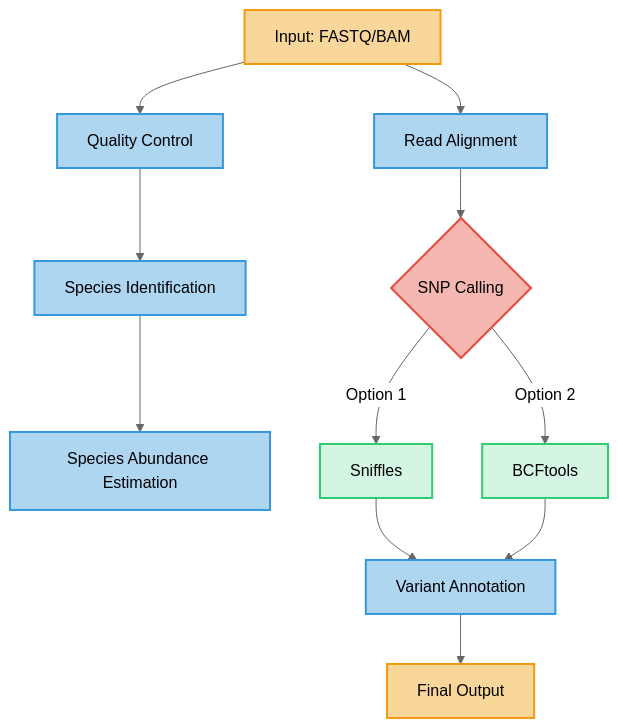
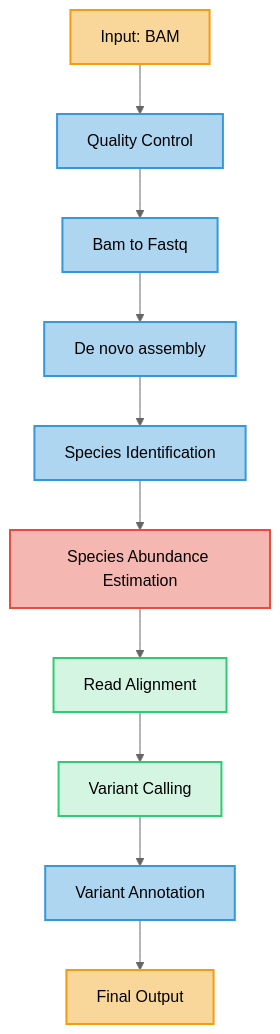
One commit to BPHL-Molecular/JAXVILLE changed the diagram in README.md. Above: the diagram before and after it, drawn with Mermaid (neutral theme).

````diff
--- a/README.md
+++ b/README.md
@@ -23,24 +23,23 @@
 ```mermaid
 graph TD
-    A[Input: FASTQ/BAM] --> B[Quality Control]
-    B --> C[Species Identification]
-    C --> D[Species Abundance Estimation]
-    A --> E[Read Alignment]
-    E --> F{SNP Calling}
-    F -->|Option 1| G[Sniffles]
-    F -->|Option 2| H[BCFtools]
-    G --> I[Variant Annotation]
-    H --> I
+    A[Input: BAM] --> B[Quality Control]
+    B --> C[Bam to Fastq]
+    C --> D[De novo assembly]
+    D --> E[Species Identification]
+    E --> F[Species Abundance Estimation]
+    F --> G[Read Alignment]
+    G --> H[Variant Calling]
+    H --> I[Variant Annotation]
     I --> J[Final Output]
     
     style A fill:#f9d79b,stroke:#f39c12,stroke-width:2px    
     style B fill:#aed6f1,stroke:#3498db,stroke-width:2px     
     style C fill:#aed6f1,stroke:#3498db,stroke-width:2px     
     style D fill:#aed6f1,stroke:#3498db,stroke-width:2px    
     style E fill:#aed6f1,stroke:#3498db,stroke-width:2px     
     style F fill:#f5b7b1,stroke:#e74c3c,stroke-width:2px     
     style G fill:#d5f5e3,stroke:#2ecc71,stroke-width:2px    
     style H fill:#d5f5e3,stroke:#2ecc71,stroke-width:2px    
     style I fill:#aed6f1,stroke:#3498db,stroke-width:2px    
     style J fill:#f9d79b,stroke:#f39c12,stroke-width:2px     
 ```
````
